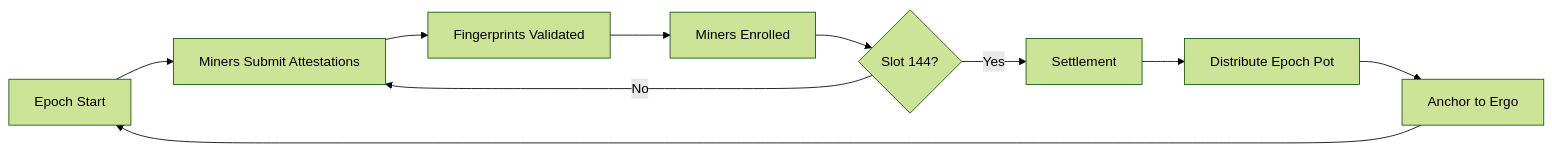
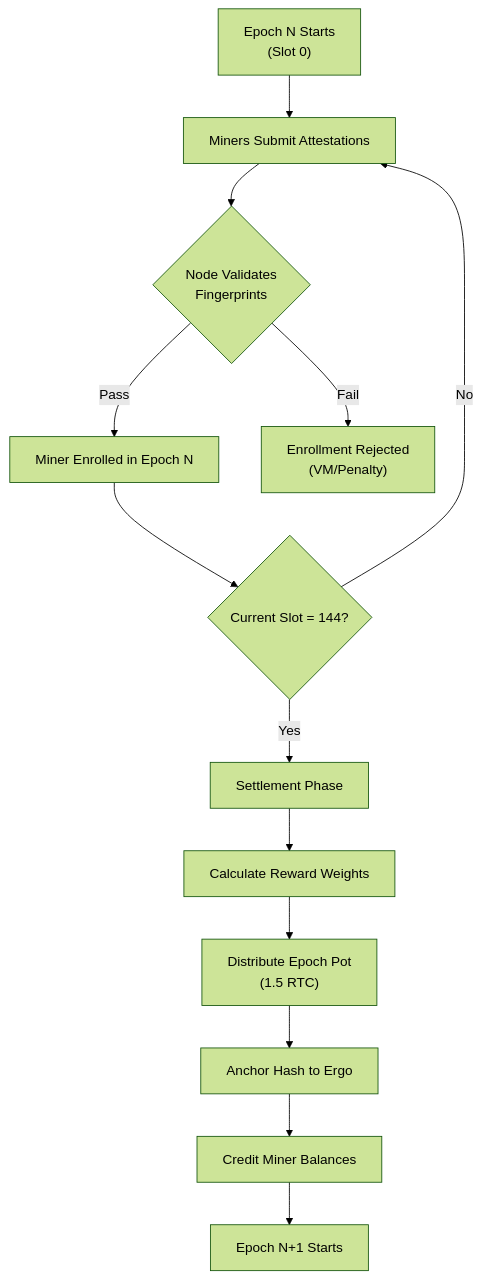
Before and after one commit to Scottcjn/Rustchain: the second of 5 diagrams in docs/PROTOCOL.md, drawn with Mermaid (forest theme). The commit also changed other lines of this file, not shown here.

````diff
--- a/docs/PROTOCOL.md
+++ b/docs/PROTOCOL.md
@@ -39,12 +294,15 @@
 ```mermaid
-graph LR
-    A[Epoch Start] --> B[Miners Submit Attestations]
-    B --> C[Fingerprints Validated]
-    C --> D[Miners Enrolled]
-    D --> E{Slot 144?}
-    E -->|No| B
-    E -->|Yes| F[Settlement]
-    F --> G[Distribute Epoch Pot]
-    G --> H[Anchor to Ergo]
-    H --> A
+graph TD
+    A["Epoch N Starts<br/>(Slot 0)"] --> B["Miners Submit Attestations"]
+    B --> C{"Node Validates<br/>Fingerprints"}
+    C -->|Pass| D["Miner Enrolled in Epoch N"]
+    C -->|Fail| E["Enrollment Rejected<br/>(VM/Penalty)"]
+    D --> F{"Current Slot = 144?"}
+    F -->|No| B
+    F -->|Yes| G["Settlement Phase"]
+    G --> H["Calculate Reward Weights"]
+    H --> I["Distribute Epoch Pot<br/>(1.5 RTC)"]
+    I --> J["Anchor Hash to Ergo"]
+    J --> K["Credit Miner Balances"]
+    K --> L["Epoch N+1 Starts"]
 ```
````
